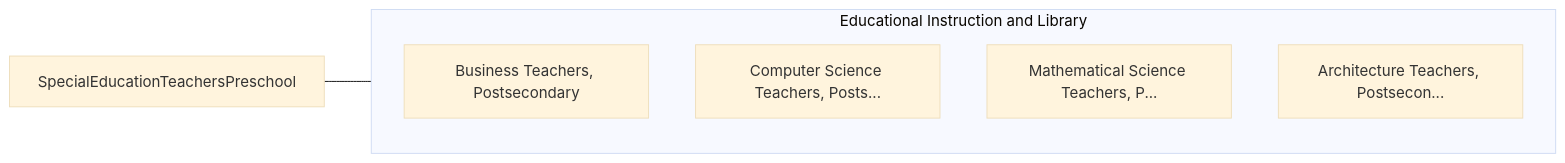
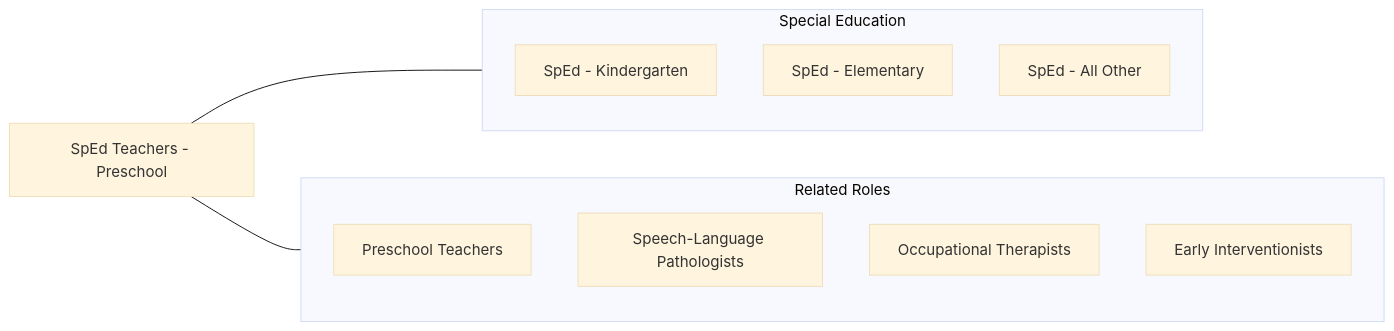
One commit to kziemski/business.org.ai changed the fourth of 4 diagrams in occupations/Education/SpecialEducationTeachersPreschool.mdx. Above: the diagram before and after it, drawn with Mermaid (base theme). The commit also changed other lines of this file and 938 other files, not shown here.

````diff
--- a/occupations/Education/SpecialEducationTeachersPreschool.mdx
+++ b/occupations/Education/SpecialEducationTeachersPreschool.mdx
@@ -119,13 +167,20 @@
 ```mermaid
 graph LR
-    Current["SpecialEducationTeachersPreschool"]
+    Current["SpEd Teachers - Preschool"]
 
-    subgraph SameCategory["Educational Instruction and Library"]
-        BusinessTeachersPost["Business Teachers, Postsecondary"]
-        ComputerScienceTeach["Computer Science Teachers, Posts..."]
-        MathematicalScienceT["Mathematical Science Teachers, P..."]
-        ArchitectureTeachers["Architecture Teachers, Postsecon..."]
+    subgraph SameCategory["Special Education"]
+        SpEdK["SpEd - Kindergarten"]
+        SpEdElem["SpEd - Elementary"]
+        SpEdAllOther["SpEd - All Other"]
+    end
+
+    subgraph CrossFunctional["Related Roles"]
+        PreschoolGenEd["Preschool Teachers"]
+        SLP["Speech-Language Pathologists"]
+        OT["Occupational Therapists"]
+        EISpecialist["Early Interventionists"]
     end
 
     Current --- SameCategory
+    Current --- CrossFunctional
 ```
````
